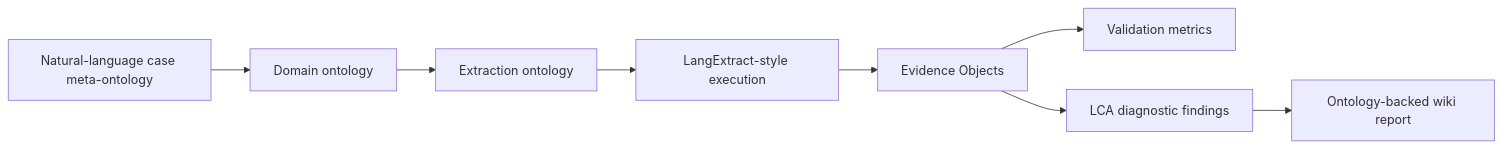
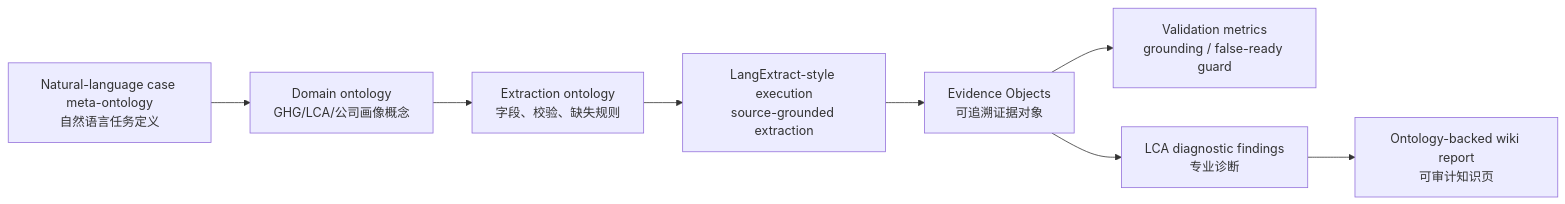
Before and after one commit to Yvnminc/SiliWiki: the diagram in content/wikis/valmet-lca-ontology-case-study/content.md, drawn with Mermaid. The commit also changed other lines of this file and 3 other files, not shown here.

Commit message:
Update Valmet LCA ontology case study in Chinese

````diff
--- a/content/wikis/valmet-lca-ontology-case-study/content.md
+++ b/content/wikis/valmet-lca-ontology-case-study/content.md
@@ -16,10 +20,10 @@
 ```mermaid
 flowchart LR
-  A[Natural-language case meta-ontology] --> B[Domain ontology]
-  B --> C[Extraction ontology]
-  C --> D[LangExtract-style execution]
-  D --> E[Evidence Objects]
-  E --> F[Validation metrics]
-  E --> G[LCA diagnostic findings]
-  G --> H[Ontology-backed wiki report]
+  A[Natural-language case meta-ontology<br/>自然语言任务定义] --> B[Domain ontology<br/>GHG/LCA/公司画像概念]
+  B --> C[Extraction ontology<br/>字段、校验、缺失规则]
+  C --> D[LangExtract-style execution<br/>source-grounded extraction]
+  D --> E[Evidence Objects<br/>可追溯证据对象]
+  E --> F[Validation metrics<br/>grounding / false-ready guard]
+  E --> G[LCA diagnostic findings<br/>专业诊断]
+  G --> H[Ontology-backed wiki report<br/>可审计知识页]
 ```
````
